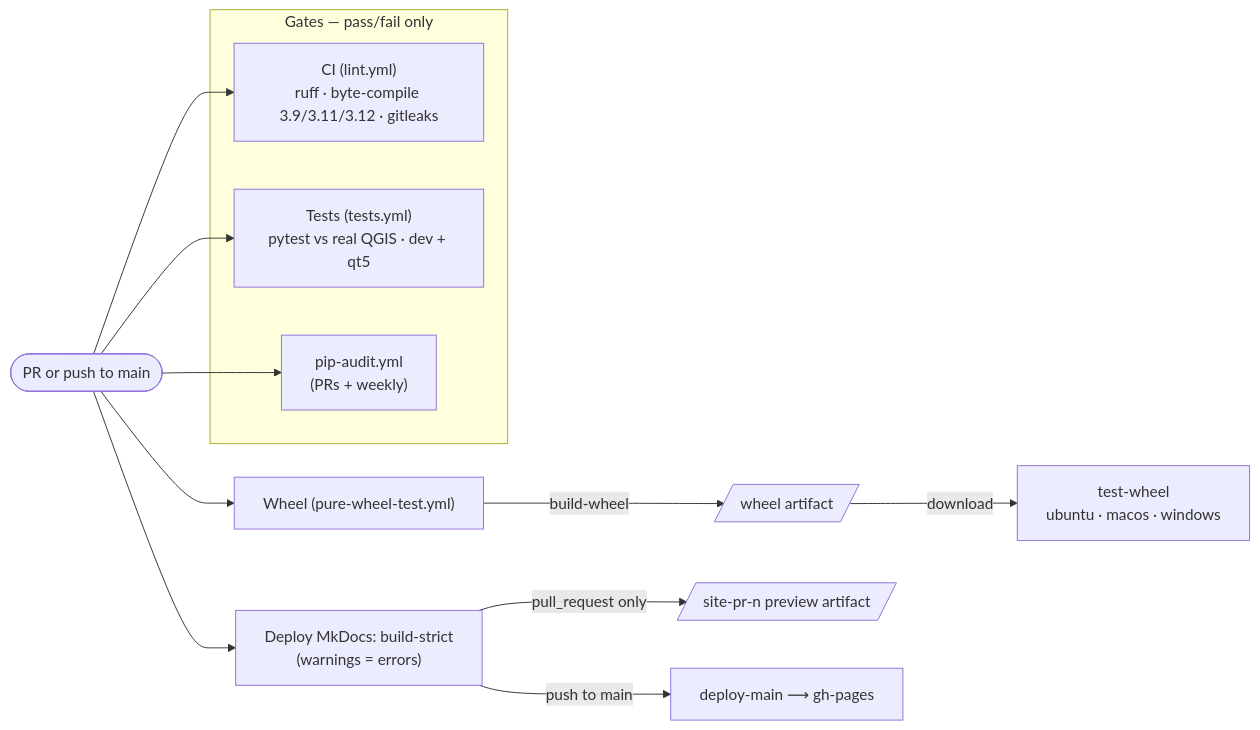
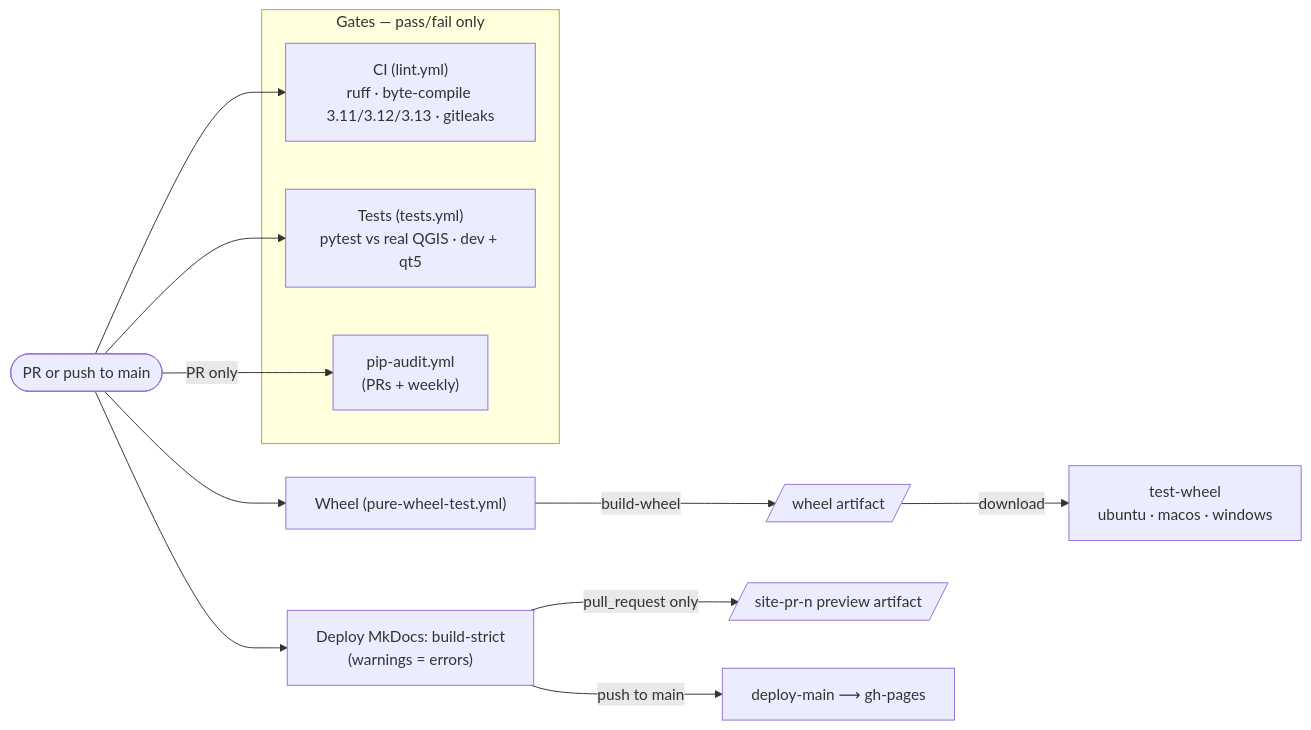
One commit to serapeum-org/pyramids-qgis changed the second of 5 diagrams in docs/ci.md. Above: the diagram before and after it, drawn with Mermaid. The commit also changed other lines of this file, not shown here.

First line of the commit message:
docs(ci): correct byte-compile versions and pip-audit trigger in ci.md

````diff
--- a/docs/ci.md
+++ b/docs/ci.md
@@ -72,18 +73,18 @@
 ```mermaid
 flowchart LR
     subgraph Gates["Gates — pass/fail only"]
-        L["CI (lint.yml)<br/>ruff · byte-compile 3.9/3.11/3.12 · gitleaks"]
+        L["CI (lint.yml)<br/>ruff · byte-compile 3.11/3.12/3.13 · gitleaks"]
         T["Tests (tests.yml)<br/>pytest vs real QGIS · dev + qt5"]
         A["pip-audit.yml<br/>(PRs + weekly)"]
     end
     EV([PR or push to main]) --> L
     EV --> T
-    EV --> A
+    EV -->|PR only| A
     EV --> W["Wheel (pure-wheel-test.yml)"]
     EV --> D["Deploy MkDocs: build-strict<br/>(warnings = errors)"]
 
     W -->|build-wheel| WA[/wheel artifact/]
     WA -->|download| WT["test-wheel<br/>ubuntu · macos · windows"]
     D -->|pull_request only| PRA[/site-pr-n preview artifact/]
     D -->|push to main| DM[deploy-main ⟶ gh-pages]
 ```
````
